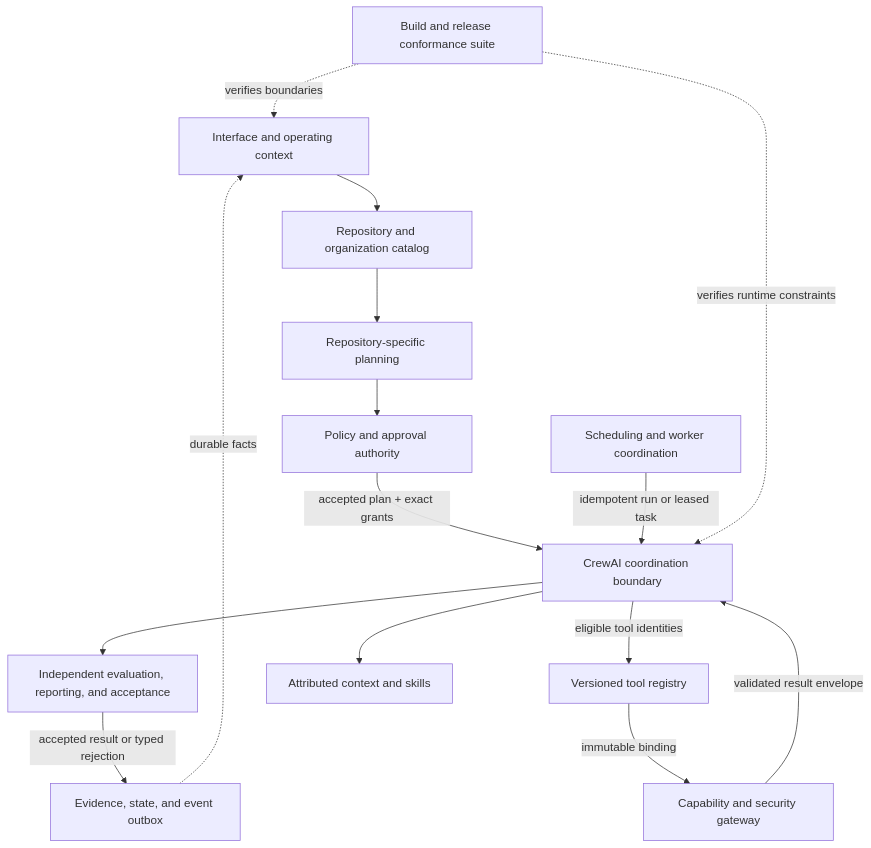
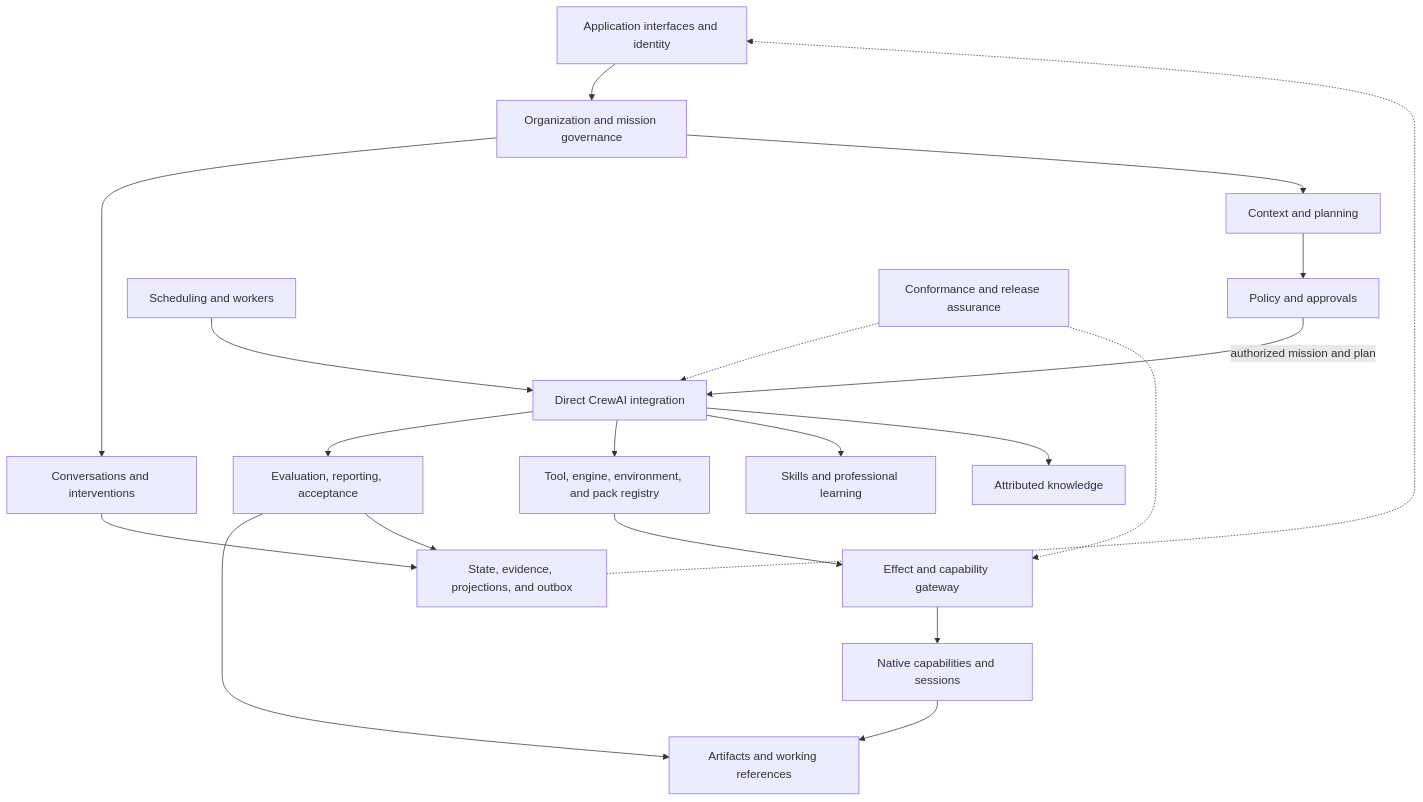
Before and after one commit to Y4NN777/mishkan: the second of 2 diagrams in docs/SYSTEM/ARCHITECTURE.md, drawn with Mermaid. The commit also changed other lines of this file and 1 other file, not shown here.

Commit message:
docs(model): derive mission capability and harness behavior

````diff
--- a/docs/SYSTEM/ARCHITECTURE.md
+++ b/docs/SYSTEM/ARCHITECTURE.md
@@ -91,30 +84,39 @@
 ```mermaid
 flowchart TB
-    API["Interface and operating context"]
-    Catalog["Repository and organization catalog"]
-    Plan["Repository-specific planning"]
-    Policy["Policy and approval authority"]
-    Crew["CrewAI coordination boundary"]
-    Quality["Independent evaluation, reporting, and acceptance"]
-    Registry["Versioned tool registry"]
-    Gateway["Capability and security gateway"]
-    ContextSkills["Attributed context and skills"]
-    State["Evidence, state, and event outbox"]
-    Automation["Scheduling and worker coordination"]
-    Conformance["Build and release conformance suite"]
+    API["Application interfaces and identity"]
+    Org["Organization and mission governance"]
+    Conversation["Conversations and interventions"]
+    Planning["Context and planning"]
+    Policy["Policy and approvals"]
+    Crew["Direct CrewAI integration"]
+    Quality["Evaluation, reporting, acceptance"]
+    Registry["Tool, engine, environment, and pack registry"]
+    Gateway["Effect and capability gateway"]
+    Native["Native capabilities and sessions"]
+    Skills["Skills and professional learning"]
+    Knowledge["Attributed knowledge"]
+    Artifacts["Artifacts and working references"]
+    Events["State, evidence, projections, and outbox"]
+    Automation["Scheduling and workers"]
+    Conformance["Conformance and release assurance"]
 
-    API --> Catalog
-    Catalog --> Plan
-    Plan --> Policy
-    Policy -->|accepted plan + exact grants| Crew
+    API --> Org
+    Org --> Conversation
+    Org --> Planning
+    Planning --> Policy
+    Policy -->|"authorized mission and plan"| Crew
     Crew --> Quality
-    Quality -->|accepted result or typed rejection| State
-    Crew -->|eligible tool identities| Registry
-    Registry -->|immutable binding| Gateway
-    Gateway -->|validated result envelope| Crew
-    Crew --> ContextSkills
-    Automation -->|idempotent run or leased task| Crew
-    State -.->|durable facts| API
-    Conformance -.->|verifies boundaries| API
-    Conformance -.->|verifies runtime constraints| Crew
+    Crew --> Registry
+    Registry --> Gateway
+    Crew --> Skills
+    Crew --> Knowledge
+    Gateway --> Native
+    Native --> Artifacts
+    Quality --> Artifacts
+    Quality --> Events
+    Conversation --> Events
+    Automation --> Crew
+    Events -.-> API
+    Conformance -.-> Crew
+    Conformance -.-> Gateway
 ```
````
